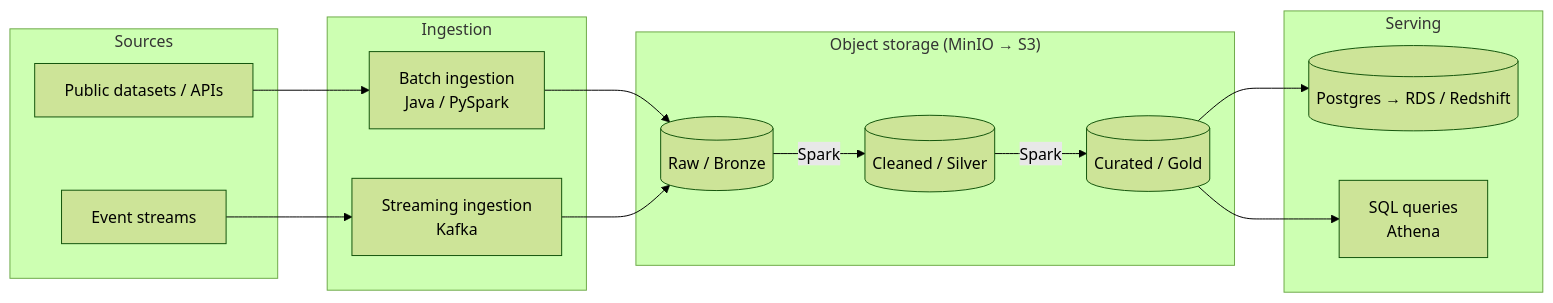
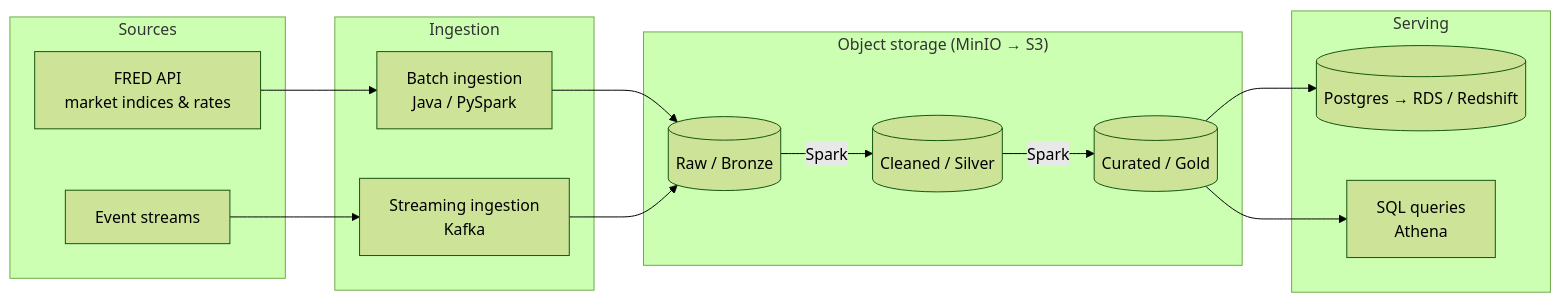
Before and after one commit to MJMukwevho/data-engineering-labs: the diagram in README.md, drawn with Mermaid (forest theme). The commit also changed other lines of this file and 10 other files, not shown here.

````diff
--- a/README.md
+++ b/README.md
@@ -13,29 +13,29 @@
 ```mermaid
 flowchart LR
     subgraph Sources
-        A[Public datasets / APIs]
+        A[FRED API<br/>market indices & rates]
         B[Event streams]
     end
 
     subgraph Ingestion
         C[Batch ingestion<br/>Java / PySpark]
         D[Streaming ingestion<br/>Kafka]
     end
 
     subgraph Lake["Object storage (MinIO → S3)"]
         E[(Raw / Bronze)]
         F[(Cleaned / Silver)]
         G[(Curated / Gold)]
     end
 
     subgraph Serving
         H[(Postgres → RDS / Redshift)]
         I[SQL queries<br/>Athena]
     end
 
     A --> C --> E
     B --> D --> E
     E -- Spark --> F -- Spark --> G
     G --> H
     G --> I
 ```
````
